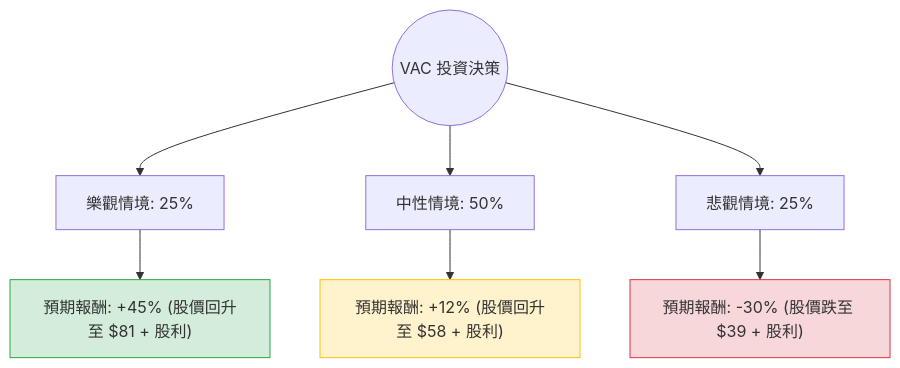
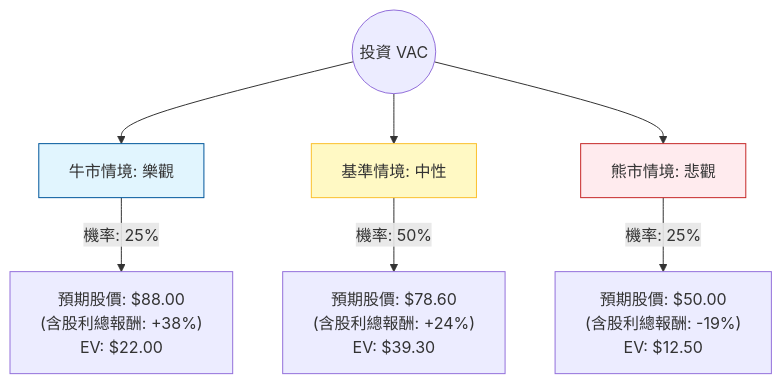
Before and after one commit to zmcx16/zmcx16.github.io: the diagram in plugin-react/ai-analysis/ev-analysis/VAC.md, drawn with Mermaid. The commit also changed other lines of this file and 75 other files, not shown here.

````diff
--- a/plugin-react/ai-analysis/ev-analysis/VAC.md
+++ b/plugin-react/ai-analysis/ev-analysis/VAC.md
@@ -19,14 +20,14 @@
 ```mermaid
 graph TD
-    Start((VAC 投資決策)) --> Bull[樂觀情境: 25%]
-    Start --> Base[中性情境: 50%]
-    Start --> Bear[悲觀情境: 25%]
+    Start((投資 VAC)) --> Bull[牛市情境: 樂觀]
+    Start --> Base[基準情境: 中性]
+    Start --> Bear[熊市情境: 悲觀]
 
-    Bull --> Bull_EV["預期報酬: +45% (股價回升至 $81 + 股利)"]
-    Base --> Base_EV["預期報酬: +12% (股價回升至 $58 + 股利)"]
-    Bear --> Bear_EV["預期報酬: -30% (股價跌至 $39 + 股利)"]
+    Bull -- "機率: 25%" --> BullResult["預期股價: $88.00 <br> (含股利總報酬: +38%) <br> EV: $22.00"]
+    Base -- "機率: 50%" --> BaseResult["預期股價: $78.60 <br> (含股利總報酬: +24%) <br> EV: $39.30"]
+    Bear -- "機率: 25%" --> BearResult["預期股價: $50.00 <br> (含股利總報酬: -19%) <br> EV: $12.50"]
 
-    style Bull_EV fill:#d4edda,stroke:#28a745
-    style Base_EV fill:#fff3cd,stroke:#ffc107
-    style Bear_EV fill:#f8d7da,stroke:#dc3545
+    style Bull fill:#e1f5fe,stroke:#01579b
+    style Base fill:#fff9c4,stroke:#fbc02d
+    style Bear fill:#ffebee,stroke:#c62828
 ```
````
